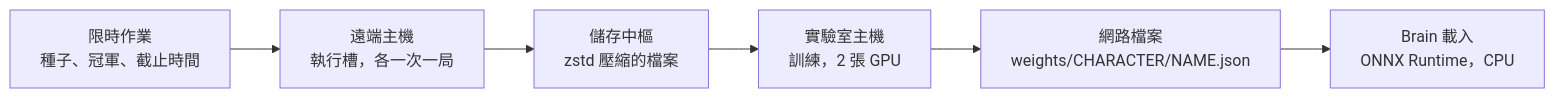
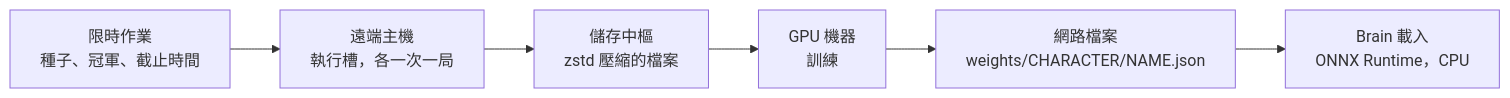
One commit to shinnku-nikaidou/spire-zero changed the diagram in docs/src/content/docs/zh-tw/arch/learning/reference.mdx. Above: the diagram before and after it, drawn with Mermaid. The commit also changed other lines of this file and 5 other files, not shown here.

````diff
--- a/docs/src/content/docs/zh-tw/arch/learning/reference.mdx
+++ b/docs/src/content/docs/zh-tw/arch/learning/reference.mdx
@@ -14,8 +14,8 @@
 ```mermaid
 flowchart LR
   S["限時作業<br/>種子、冠軍、截止時間"] --> W["遠端主機<br/>執行槽，各一次一局"]
   W --> H["儲存中樞<br/>zstd 壓縮的檔案"]
-  H --> T["實驗室主機<br/>訓練，2 張 GPU"]
+  H --> T["GPU 機器<br/>訓練"]
   T --> WT["網路檔案<br/>weights/CHARACTER/NAME.json"]
   WT --> B["Brain 載入<br/>ONNX Runtime，CPU"]
 ```
````
